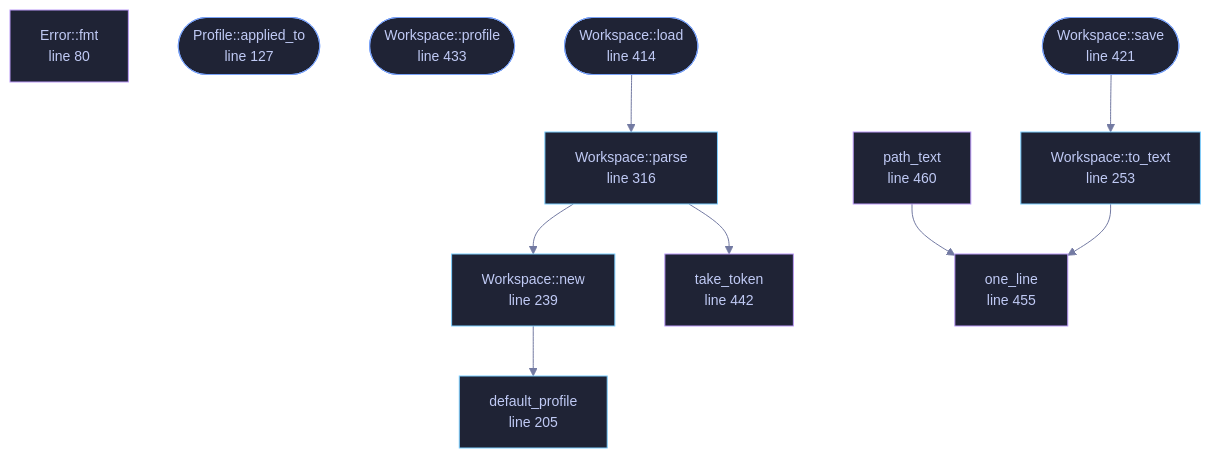
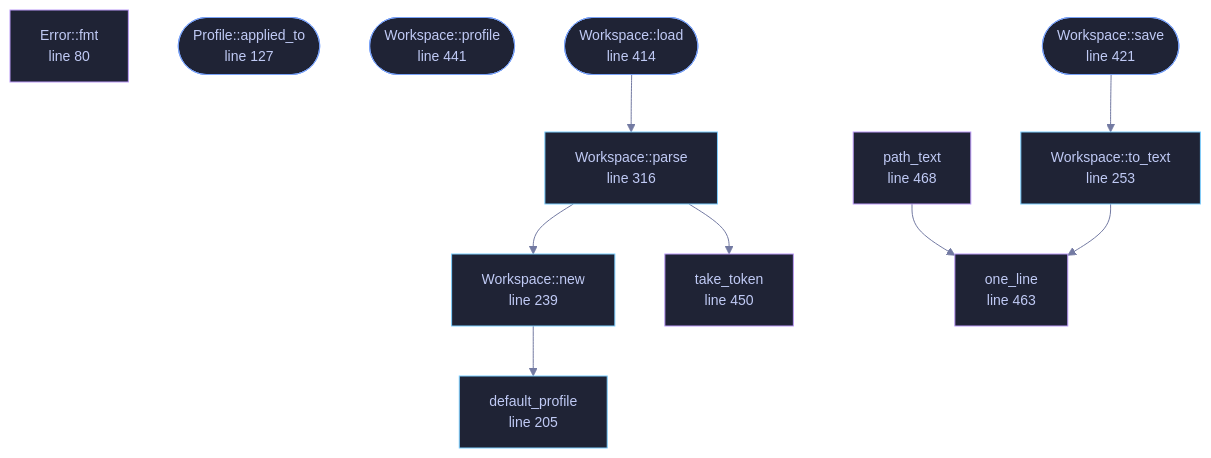
Before and after one commit to tilas01/veilvoice: the diagram in docs/files/veilvoice-workspace/lib.md, drawn with Mermaid. The commit also changed other lines of this file and 40 other files, not shown here.

````diff
--- a/docs/files/veilvoice-workspace/lib.md
+++ b/docs/files/veilvoice-workspace/lib.md
@@ -121,43 +121,43 @@
 ```mermaid
 %%{init: {"theme":"base","themeVariables":{"background":"#1a1b26","primaryColor":"#1f2335","primaryTextColor":"#c0caf5","primaryBorderColor":"#7aa2f7","secondaryColor":"#16161e","tertiaryColor":"#16161e","lineColor":"#737aa2","textColor":"#c0caf5","mainBkg":"#1f2335","nodeBorder":"#7aa2f7","clusterBkg":"#16161e","clusterBorder":"#2f3549","fontFamily":"ui-monospace, SFMono-Regular, Consolas, monospace","fontSize":"14px"}}}%%
 flowchart TD
     n_fmt["Error::fmt<br/>line 80"]
     n_applied_to(["Profile::applied_to<br/>line 127"])
     n_profile(["profile<br/>line 200"])
     n_default_profile["default_profile<br/>line 205"]
     n_new["Workspace::new<br/>line 239"]
     n_to_text["Workspace::to_text<br/>line 253"]
     n_parse["Workspace::parse<br/>line 316"]
     n_load(["Workspace::load<br/>line 414"])
     n_save(["Workspace::save<br/>line 421"])
-    n_profile(["Workspace::profile<br/>line 433"])
-    n_take_token["take_token<br/>line 442"]
-    n_one_line["one_line<br/>line 455"]
-    n_path_text["path_text<br/>line 460"]
+    n_profile(["Workspace::profile<br/>line 441"])
+    n_take_token["take_token<br/>line 450"]
+    n_one_line["one_line<br/>line 463"]
+    n_path_text["path_text<br/>line 468"]
     n_load --> n_parse
     n_new --> n_default_profile
     n_parse --> n_new
     n_parse --> n_take_token
     n_path_text --> n_one_line
     n_save --> n_to_text
     n_to_text --> n_one_line
     click n_fmt href "https://github.com/tilas01/veilvoice/blob/main/crates/veilvoice-workspace/src/lib.rs#L80" "open the source"
     click n_applied_to href "https://github.com/tilas01/veilvoice/blob/main/crates/veilvoice-workspace/src/lib.rs#L127" "open the source"
     click n_profile href "https://github.com/tilas01/veilvoice/blob/main/crates/veilvoice-workspace/src/lib.rs#L200" "open the source"
     click n_default_profile href "https://github.com/tilas01/veilvoice/blob/main/crates/veilvoice-workspace/src/lib.rs#L205" "open the source"
     click n_new href "https://github.com/tilas01/veilvoice/blob/main/crates/veilvoice-workspace/src/lib.rs#L239" "open the source"
     click n_to_text href "https://github.com/tilas01/veilvoice/blob/main/crates/veilvoice-workspace/src/lib.rs#L253" "open the source"
     click n_parse href "https://github.com/tilas01/veilvoice/blob/main/crates/veilvoice-workspace/src/lib.rs#L316" "open the source"
     click n_load href "https://github.com/tilas01/veilvoice/blob/main/crates/veilvoice-workspace/src/lib.rs#L414" "open the source"
     click n_save href "https://github.com/tilas01/veilvoice/blob/main/crates/veilvoice-workspace/src/lib.rs#L421" "open the source"
-    click n_profile href "https://github.com/tilas01/veilvoice/blob/main/crates/veilvoice-workspace/src/lib.rs#L433" "open the source"
-    click n_take_token href "https://github.com/tilas01/veilvoice/blob/main/crates/veilvoice-workspace/src/lib.rs#L442" "open the source"
-    click n_one_line href "https://github.com/tilas01/veilvoice/blob/main/crates/veilvoice-workspace/src/lib.rs#L455" "open the source"
-    click n_path_text href "https://github.com/tilas01/veilvoice/blob/main/crates/veilvoice-workspace/src/lib.rs#L460" "open the source"
+    click n_profile href "https://github.com/tilas01/veilvoice/blob/main/crates/veilvoice-workspace/src/lib.rs#L441" "open the source"
+    click n_take_token href "https://github.com/tilas01/veilvoice/blob/main/crates/veilvoice-workspace/src/lib.rs#L450" "open the source"
+    click n_one_line href "https://github.com/tilas01/veilvoice/blob/main/crates/veilvoice-workspace/src/lib.rs#L463" "open the source"
+    click n_path_text href "https://github.com/tilas01/veilvoice/blob/main/crates/veilvoice-workspace/src/lib.rs#L468" "open the source"
     classDef entry fill:#1f2335,stroke:#7aa2f7,color:#c0caf5
     class n_applied_to,n_profile,n_load,n_save,n_profile entry
     classDef api fill:#1f2335,stroke:#7dcfff,color:#c0caf5
     class n_default_profile,n_new,n_to_text,n_parse api
     classDef helper fill:#1f2335,stroke:#bb9af7,color:#c0caf5
     class n_fmt,n_take_token,n_one_line,n_path_text helper
 ```
````
